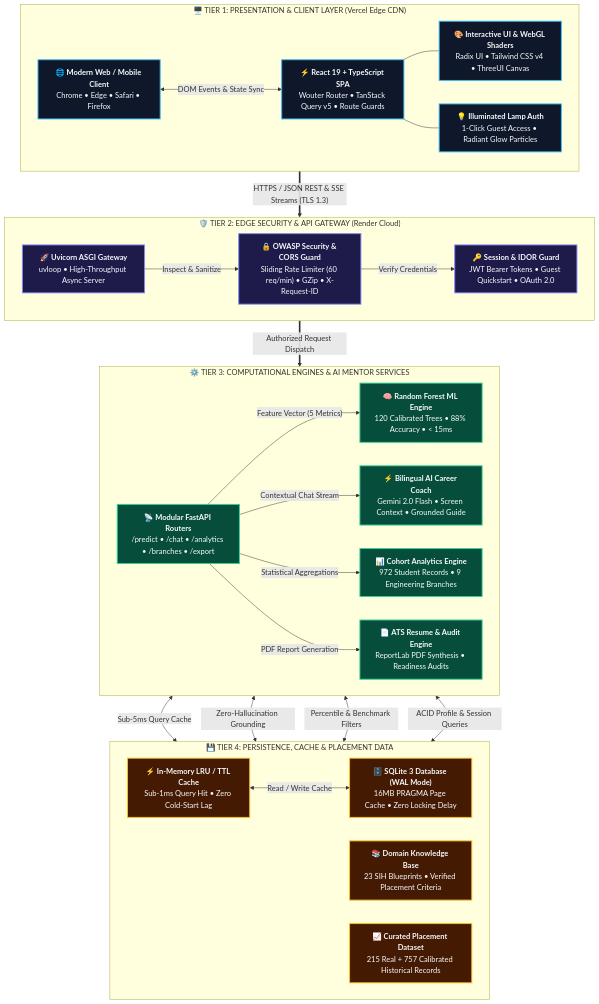
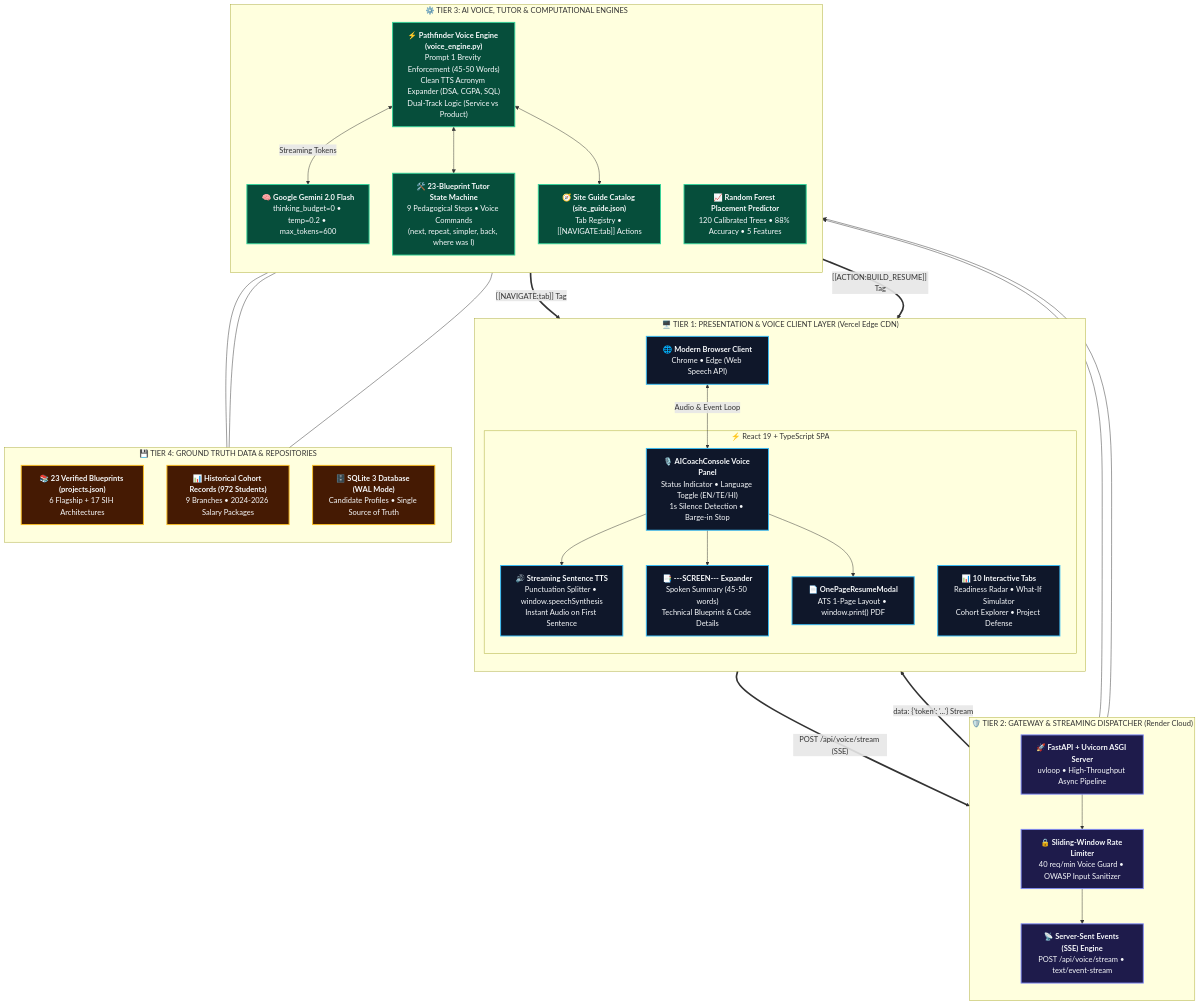
Before and after one commit to dileepbommali16-ops/pathfinder: the first of 2 diagrams in README.md, drawn with Mermaid. The commit also changed other lines of this file, not shown here.

Commit message:
docs: update comprehensive full-stack architecture, AI voice pipeline, and verified latency benchmarks

````diff
--- a/README.md
+++ b/README.md
@@ -50,84 +81,89 @@
 ```mermaid
 flowchart TD
     %% =========================================================================
-    %% TIER 1: FRONTEND PRESENTATION LAYER (VERCEL EDGE CDN)
+    %% TIER 1: FRONTEND PRESENTATION & VOICE UI LAYER (VERCEL EDGE CDN)
     %% =========================================================================
-    subgraph TIER1["🖥️ TIER 1: PRESENTATION & CLIENT LAYER (Vercel Edge CDN)"]
-        direction LR
-        Browser["🌐 <b>Modern Web / Mobile Client</b><br/>Chrome • Edge • Safari • Firefox"]
-        ClientSPA["⚡ <b>React 19 + TypeScript SPA</b><br/>Wouter Router • TanStack Query v5 • Route Guards"]
-        UIElements["🎨 <b>Interactive UI & WebGL Shaders</b><br/>Radix UI • Tailwind CSS v4 • ThreeUI Canvas"]
-        LampAuth["💡 <b>Illuminated Lamp Auth</b><br/>1-Click Guest Access • Radiant Glow Particles"]
+    subgraph TIER1["🖥️ TIER 1: PRESENTATION & VOICE CLIENT LAYER (Vercel Edge CDN)"]
+        direction TB
+        Browser["🌐 <b>Modern Browser Client</b><br/>Chrome • Edge (Web Speech API)"]
+        
+        subgraph ClientCore["⚡ React 19 + TypeScript SPA"]
+            VoiceUI["🎙️ <b>AICoachConsole Voice Panel</b><br/>Status Indicator • Language Toggle (EN/TE/HI)<br/>1s Silence Detection • Barge-in Stop"]
+            SentenceTTS["🔊 <b>Streaming Sentence TTS</b><br/>Punctuation Splitter • window.speechSynthesis<br/>Instant Audio on First Sentence"]
+            ScreenParser["📑 <b>---SCREEN--- Expander</b><br/>Spoken Summary (45-50 words)<br/>Technical Blueprint & Code Details"]
+            ResumeModal["📄 <b>OnePageResumeModal</b><br/>ATS 1-Page Layout • window.print() PDF"]
+            DashboardModules["📊 <b>10 Interactive Tabs</b><br/>Readiness Radar • What-If Simulator<br/>Cohort Explorer • Project Defense"]
+        end
 
-        Browser <-->|"DOM Events & State Sync"| ClientSPA
-        ClientSPA --- UIElements
-        ClientSPA --- LampAuth
+        Browser <-->|"Audio & Event Loop"| VoiceUI
+        VoiceUI --> SentenceTTS
+        VoiceUI --> ScreenParser
+        VoiceUI --> ResumeModal
     end
 
     %% =========================================================================
-    %% TIER 2: EDGE SECURITY & GATEWAY LAYER (RENDER CLOUD)
+    %% TIER 2: API GATEWAY & STREAMING DISPATCHER (RENDER CLOUD)
     %% =========================================================================
-    subgraph TIER2["🛡️ TIER 2: EDGE SECURITY & API GATEWAY (Render Cloud)"]
-        direction LR
-        Gateway["🚀 <b>Uvicorn ASGI Gateway</b><br/>uvloop • High-Throughput Async Server"]
-        SecurityPipeline["🔒 <b>OWASP Security & CORS Guard</b><br/>Sliding Rate Limiter (60 req/min) • GZip • X-Request-ID"]
-        AuthGuard["🔑 <b>Session & IDOR Guard</b><br/>JWT Bearer Tokens • Guest Quickstart • OAuth 2.0"]
+    subgraph TIER2["🛡️ TIER 2: GATEWAY & STREAMING DISPATCHER (Render Cloud)"]
+        direction TB
+        Gateway["🚀 <b>FastAPI + Uvicorn ASGI Server</b><br/>uvloop • High-Throughput Async Pipeline"]
+        RateLimiter["🔒 <b>Sliding-Window Rate Limiter</b><br/>40 req/min Voice Guard • OWASP Input Sanitizer"]
+        SSEStream["📡 <b>Server-Sent Events (SSE) Engine</b><br/>POST /api/voice/stream • text/event-stream"]
 
-        Gateway -->|"Inspect & Sanitize"| SecurityPipeline
-        SecurityPipeline -->|"Verify Credentials"| AuthGuard
+        Gateway --> RateLimiter
+        RateLimiter --> SSEStream
     end
 
     %% =========================================================================
-    %% TIER 3: COMPUTATIONAL ENGINES & AI MENTOR
+    %% TIER 3: INTELLIGENCE & TUTOR ENGINES
     %% =========================================================================
-    subgraph TIER3["⚙️ TIER 3: COMPUTATIONAL ENGINES & AI MENTOR SERVICES"]
-        direction LR
-        APIRouters["📡 <b>Modular FastAPI Routers</b><br/>/predict • /chat • /analytics • /branches • /export"]
-        MLEngine["🧠 <b>Random Forest ML Engine</b><br/>120 Calibrated Trees • 88% Accuracy • &lt; 15ms"]
-        GeminiEngine["⚡ <b>Bilingual AI Career Coach</b><br/>Gemini 2.0 Flash • Screen Context • Grounded Guide"]
-        CohortEngine["📊 <b>Cohort Analytics Engine</b><br/>972 Student Records • 9 Engineering Branches"]
-        PDFEngine["📄 <b>ATS Resume & Audit Engine</b><br/>ReportLab PDF Synthesis • Readiness Audits"]
+    subgraph TIER3["⚙️ TIER 3: AI VOICE, TUTOR & COMPUTATIONAL ENGINES"]
+        direction TB
+        VoiceEngine["⚡ <b>Pathfinder Voice Engine (voice_engine.py)</b><br/>Prompt 1 Brevity Enforcement (45-50 Words)<br/>Clean TTS Acronym Expander (DSA, CGPA, SQL)<br/>Dual-Track Logic (Service vs Product)"]
+        GeminiFlash["🧠 <b>Google Gemini 2.0 Flash</b><br/>thinking_budget=0 • temp=0.2 • max_tokens=600"]
+        ProjectTutor["🛠️ <b>23-Blueprint Tutor State Machine</b><br/>9 Pedagogical Steps • Voice Commands<br/>(next, repeat, simpler, back, where was I)"]
+        MLEngine["📈 <b>Random Forest Placement Predictor</b><br/>120 Calibrated Trees • 88% Accuracy • 5 Features"]
+        SiteGuide["🧭 <b>Site Guide Catalog (site_guide.json)</b><br/>Tab Registry • [[NAVIGATE:tab]] Actions"]
 
-        APIRouters -->|"Feature Vector (5 Metrics)"| MLEngine
-        APIRouters -->|"Contextual Chat Stream"| GeminiEngine
-        APIRouters -->|"Statistical Aggregations"| CohortEngine
-        APIRouters -->|"PDF Report Generation"| PDFEngine
+        SSEStream --> VoiceEngine
+        VoiceEngine <-->|"Streaming Tokens"| GeminiFlash
+        VoiceEngine <--> ProjectTutor
+        VoiceEngine <--> SiteGuide
+        Gateway --> MLEngine
     end
 
     %% =========================================================================
-    %% TIER 4: PERSISTENCE & CACHING LAYER
+    %% TIER 4: GROUNDING DATA & PERSISTENCE LAYER
     %% =========================================================================
-    subgraph TIER4["💾 TIER 4: PERSISTENCE, CACHE & PLACEMENT DATA"]
-        direction LR
-        MemoryCache["⚡ <b>In-Memory LRU / TTL Cache</b><br/>Sub-1ms Query Hit • Zero Cold-Start Lag"]
-        SQLiteDB["🗄️ <b>SQLite 3 Database (WAL Mode)</b><br/>16MB PRAGMA Page Cache • Zero Locking Delay"]
-        KnowledgeBase["📚 <b>Domain Knowledge Base</b><br/>23 SIH Blueprints • Verified Placement Criteria"]
-        PlacementData["📈 <b>Curated Placement Dataset</b><br/>215 Real + 757 Calibrated Historical Records"]
+    subgraph TIER4["💾 TIER 4: GROUND TRUTH DATA & REPOSITORIES"]
+        direction TB
+        CatalogData["📚 <b>23 Verified Blueprints (projects.json)</b><br/>6 Flagship + 17 SIH Architectures"]
+        CohortData["📊 <b>Historical Cohort Records (972 Students)</b><br/>9 Branches • 2024-2026 Salary Packages"]
+        SQLiteDB["🗄️ <b>SQLite 3 Database (WAL Mode)</b><br/>Candidate Profiles • Single Source of Truth"]
 
-        MemoryCache <-->|"Read / Write Cache"| SQLiteDB
+        ProjectTutor --- CatalogData
+        MLEngine --- CohortData
+        VoiceEngine --- SQLiteDB
     end
 
     %% =========================================================================
-    %% CROSS-TIER PIPELINE FLOWS
+    %% CROSS-TIER NETWORK FLOWS
     %% =========================================================================
-    ClientSPA ==>|"HTTPS / JSON REST & SSE Streams (TLS 1.3)"| Gateway
-    AuthGuard ==>|"Authorized Request Dispatch"| APIRouters
-
-    MLEngine <-->|"Sub-5ms Query Cache"| MemoryCache
-    GeminiEngine <-->|"Zero-Hallucination Grounding"| KnowledgeBase
-    CohortEngine <-->|"Percentile & Benchmark Filters"| PlacementData
-    APIRouters <-->|"ACID Profile & Session Queries"| SQLiteDB
+    VoiceUI ==>|"POST /api/voice/stream (SSE)"| Gateway
+    SSEStream ==>|"data: {'token': '...'} Stream"| VoiceUI
+    VoiceEngine ==>|"[[NAVIGATE:tab]] Tag"| DashboardModules
+    VoiceEngine ==>|"[[ACTION:BUILD_RESUME]] Tag"| ResumeModal
 
     %% =========================================================================
-    %% VISUAL STYLING CLASSES
+    %% STYLING
     %% =========================================================================
-    classDef tier1 fill:#0f172a,stroke:#38bdf8,stroke-width:2px,color:#f8fafc;
-    classDef tier2 fill:#1e1b4b,stroke:#818cf8,stroke-width:2px,color:#f8fafc;
-    classDef tier3 fill:#064e3b,stroke:#34d399,stroke-width:2px,color:#f8fafc;
-    classDef tier4 fill:#451a03,stroke:#fbbf24,stroke-width:2px,color:#f8fafc;
+    classDef t1 fill:#0f172a,stroke:#38bdf8,stroke-width:2px,color:#f8fafc;
+    classDef t2 fill:#1e1b4b,stroke:#818cf8,stroke-width:2px,color:#f8fafc;
+    classDef t3 fill:#064e3b,stroke:#34d399,stroke-width:2px,color:#f8fafc;
+    classDef t4 fill:#451a03,stroke:#fbbf24,stroke-width:2px,color:#f8fafc;
 
-    class Browser,ClientSPA,UIElements,LampAuth tier1;
-    class Gateway,SecurityPipeline,AuthGuard tier2;
-    class APIRouters,MLEngine,GeminiEngine,CohortEngine,PDFEngine tier3;
-    class MemoryCache,SQLiteDB,KnowledgeBase,PlacementData tier4;
+    class Browser,VoiceUI,SentenceTTS,ScreenParser,ResumeModal,DashboardModules t1;
+    class Gateway,RateLimiter,SSEStream t2;
+    class VoiceEngine,GeminiFlash,ProjectTutor,MLEngine,SiteGuide t3;
+    class CatalogData,CohortData,SQLiteDB t4;
 ```
````
